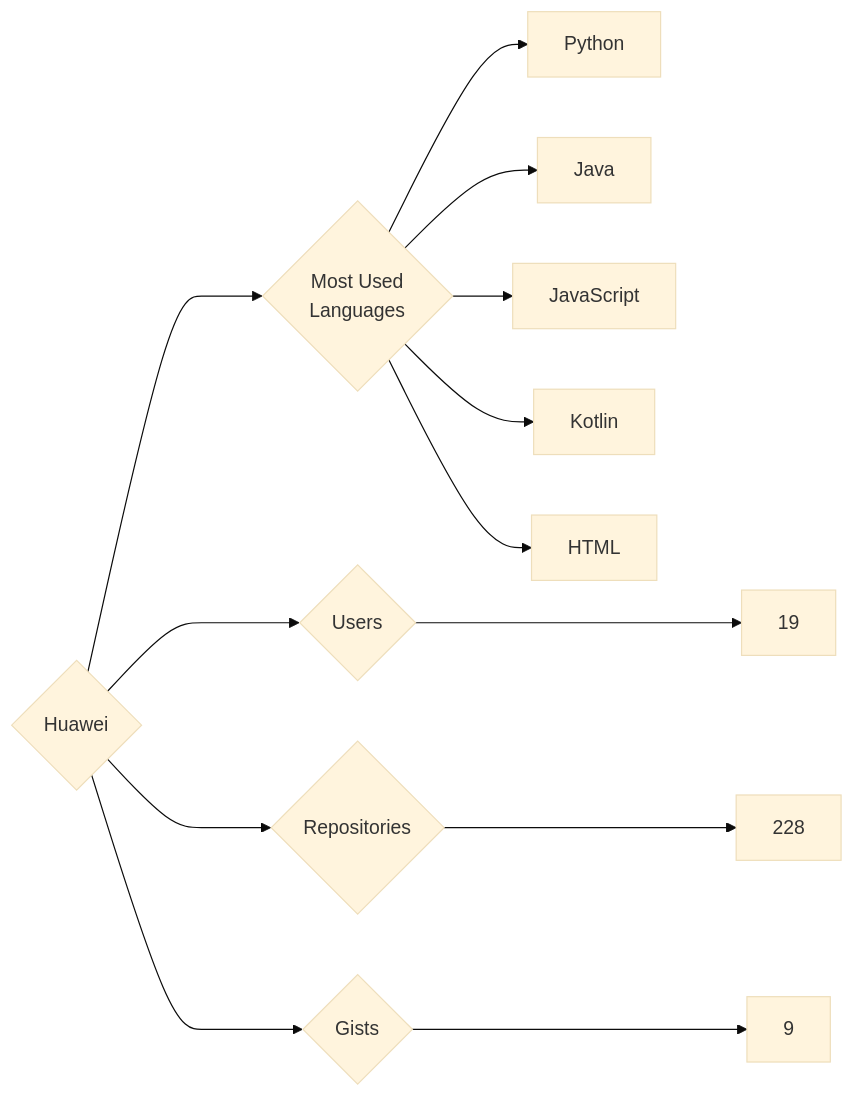
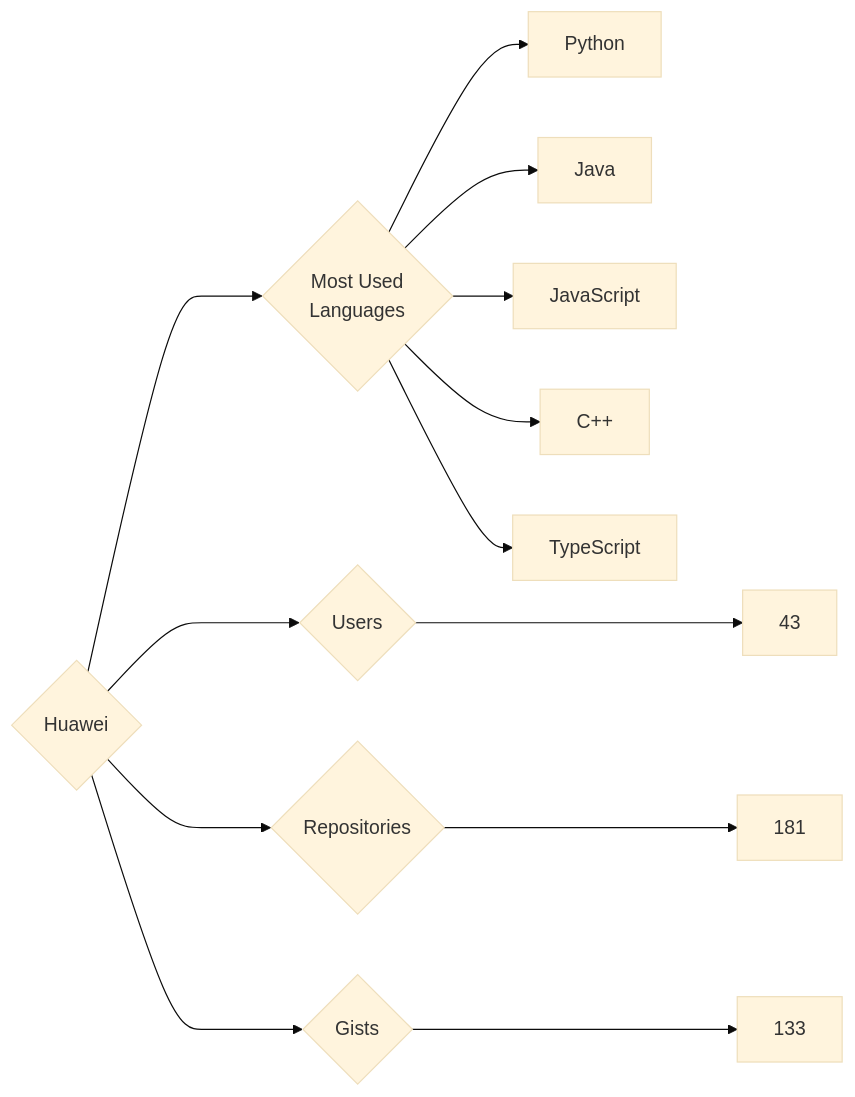
The diagram in targets/Huawei/README.md (trickest/insiders), drawn with Mermaid (base theme) before and after one commit. The commit also changed 786 other files, not shown here.

````diff
--- a/targets/Huawei/README.md
+++ b/targets/Huawei/README.md
@@ -3,13 +3,13 @@
 ```mermaid
 graph LR
 COMPANY_NAME{Huawei}
-COMPANY_NAME ---> U{Users} ---> UN[19]
-COMPANY_NAME ---> R{Repositories} ---> RN[228]
-COMPANY_NAME ---> G{Gists} ---> GN[9]
+COMPANY_NAME ---> U{Users} ---> UN[43]
+COMPANY_NAME ---> R{Repositories} ---> RN[181]
+COMPANY_NAME ---> G{Gists} ---> GN[133]
 COMPANY_NAME ---> ML{Most Used<br>Languages}
 ML --> Python[Python]
 ML --> Java[Java]
 ML --> JavaScript[JavaScript]
-ML --> Kotlin[Kotlin]
-ML --> HTML[HTML]
+ML --> C++[C++]
+ML --> TypeScript[TypeScript]
 ```
````
